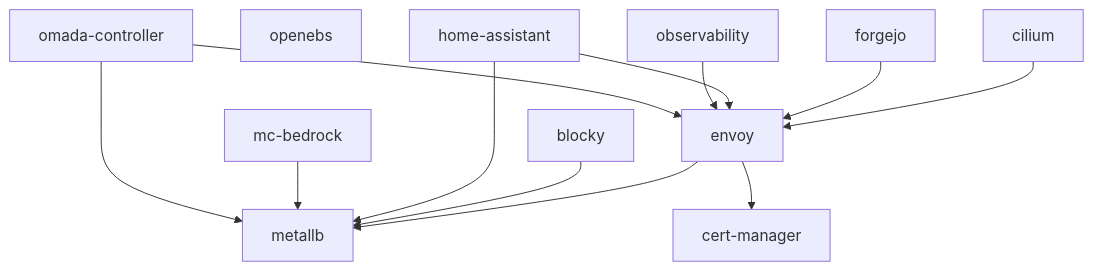
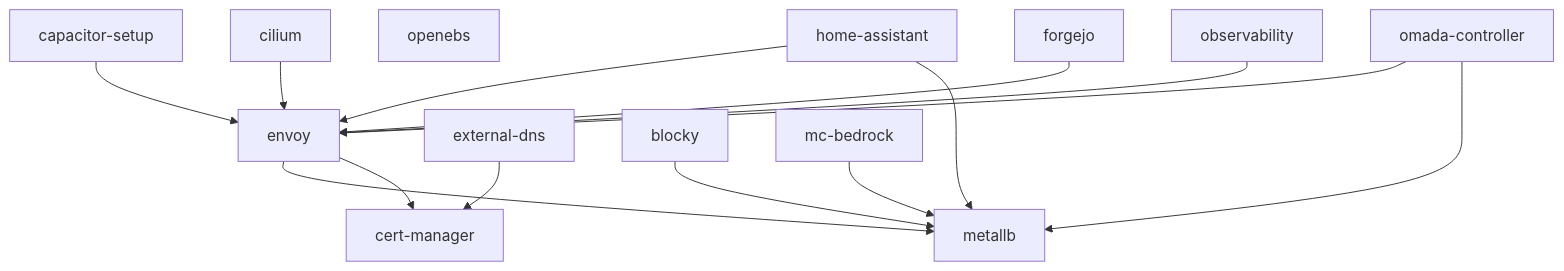
Before and after one commit to tale/homelab: the diagram in README.md, drawn with Mermaid. The commit also changed other lines of this file and 12 other files, not shown here.

Commit message:
feat: add external-dns and capacitor

````diff
--- a/README.md
+++ b/README.md
@@ -35,25 +37,29 @@
 ```mermaid
 flowchart TD
+    capacitor_setup[capacitor-setup]
+    capacitor_setup --> envoy
     cert_manager[cert-manager]
     cilium[cilium]
     cilium --> envoy
     envoy[envoy]
     envoy --> metallb
     envoy --> cert_manager
+    external_dns[external-dns]
+    external_dns --> cert_manager
     metallb[metallb]
     openebs[openebs]
     blocky[blocky]
     blocky --> metallb
     forgejo[forgejo]
     forgejo --> envoy
     home_assistant[home-assistant]
     home_assistant --> envoy
     home_assistant --> metallb
     mc_bedrock[mc-bedrock]
     mc_bedrock --> metallb
     observability[observability]
     observability --> envoy
     omada_controller[omada-controller]
     omada_controller --> envoy
     omada_controller --> metallb
 ```
````
